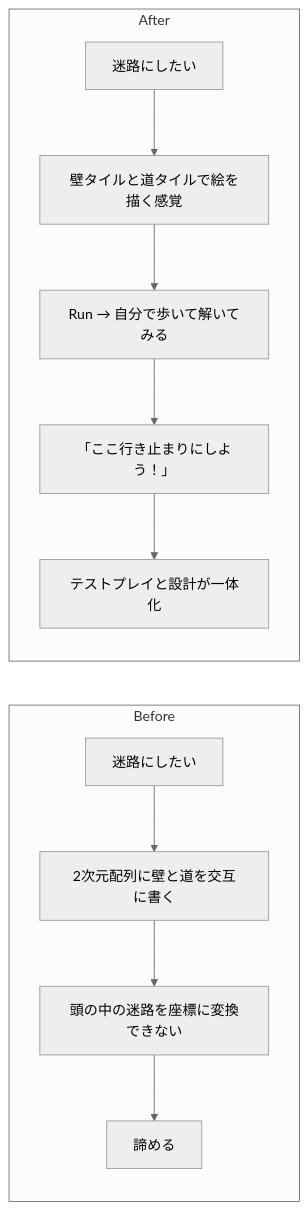
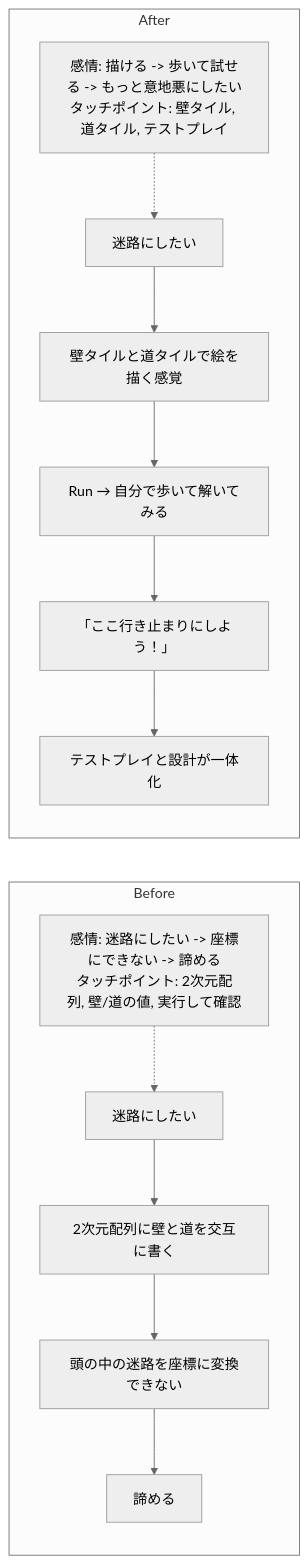
Before and after one commit to tatsuro-ueda/code-quest-pyxel: the sixth of 42 diagrams in docs/product-requirements/customer-journeys.md, drawn with Mermaid (neutral theme). The commit also changed other lines of this file and 23 other files, not shown here.

````diff
--- a/docs/product-requirements/customer-journeys.md
+++ b/docs/product-requirements/customer-journeys.md
@@ -114,14 +136,18 @@
 ```mermaid
 flowchart LR
     subgraph Before["Before"]
+        BM["感情: 迷路にしたい -> 座標にできない -> 諦める<br/>タッチポイント: 2次元配列, 壁/道の値, 実行して確認"]
+        BM -.-> B1
         B1[迷路にしたい] --> B2[2次元配列に壁と道を交互に書く]
         B2 --> B3[頭の中の迷路を座標に変換できない]
         B3 --> B4[諦める]
     end
     subgraph After["After"]
+        AM["感情: 描ける -> 歩いて試せる -> もっと意地悪にしたい<br/>タッチポイント: 壁タイル, 道タイル, テストプレイ"]
+        AM -.-> A1
         A1[迷路にしたい] --> A2[壁タイルと道タイルで絵を描く感覚]
         A2 --> A3[Run → 自分で歩いて解いてみる]
         A3 --> A4[「ここ行き止まりにしよう！」]
         A4 --> A5[テストプレイと設計が一体化]
     end
 ```
````
